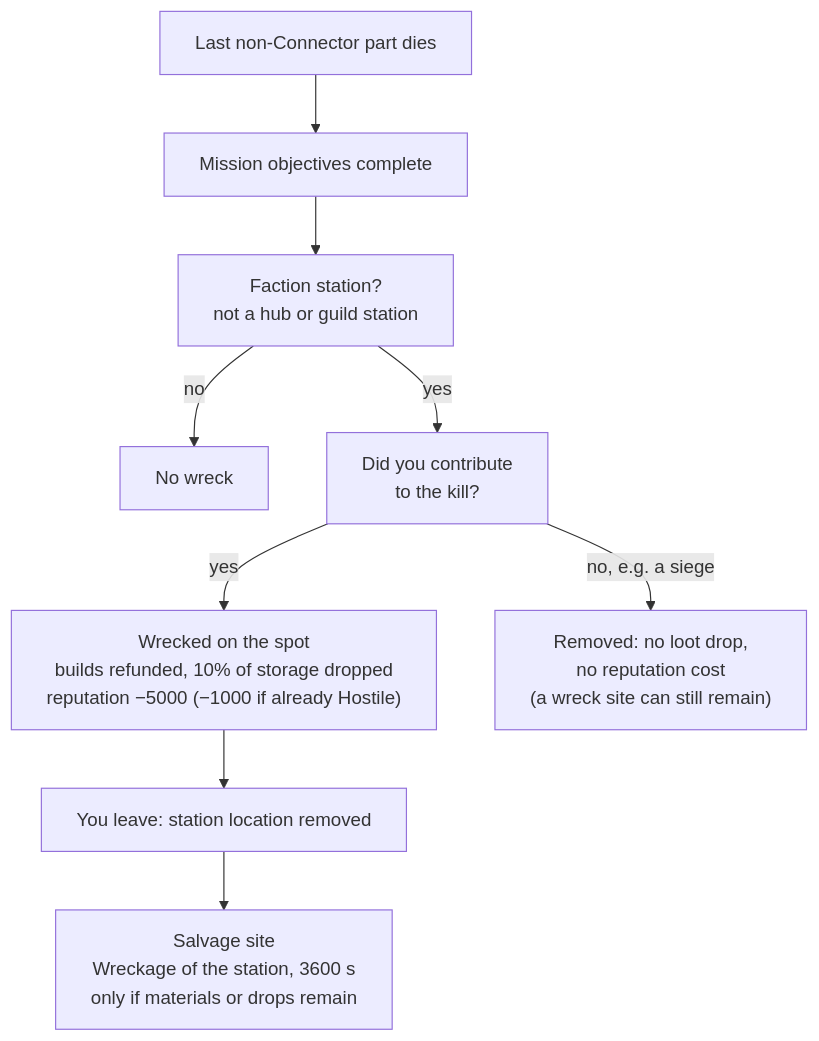
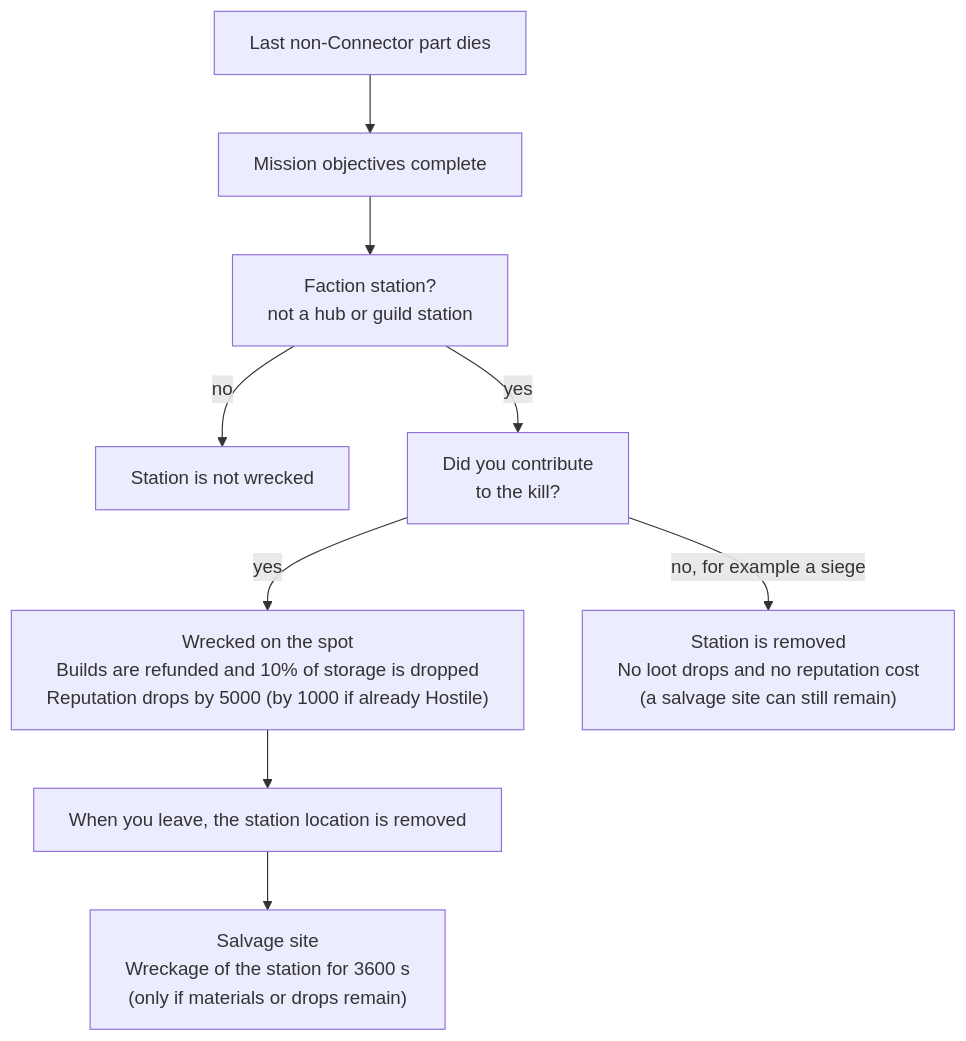
Before and after one commit to williammabernathy/Igi-s-QoL-Modpack: the first of 2 diagrams in docs/mechanics/basics/stations.md, drawn with Mermaid. The commit also changed other lines of this file and 194 other files, not shown here.

````diff
--- a/docs/mechanics/basics/stations.md
+++ b/docs/mechanics/basics/stations.md
@@ -203,22 +208,22 @@
 ```mermaid
 ---
 config:
   flowchart:
     wrappingWidth: 420
 ---
 flowchart TD
     A["Last non-Connector part dies"]
     B["Mission objectives complete"]
     C["Faction station?<br/>not a hub or guild station"]
-    D["No wreck"]
+    D["Station is not wrecked"]
     E["Did you contribute<br/>to the kill?"]
-    F["Wrecked on the spot<br/>builds refunded, 10% of storage dropped<br/>reputation −5000 (−1000 if already Hostile)"]
-    G["Removed: no loot drop,<br/>no reputation cost<br/>(a wreck site can still remain)"]
-    H["You leave: station location removed"]
-    I["Salvage site<br/>Wreckage of the station, 3600 s<br/>only if materials or drops remain"]
+    F["Wrecked on the spot<br/>Builds are refunded and 10% of storage is dropped<br/>Reputation drops by 5000 (by 1000 if already Hostile)"]
+    G["Station is removed<br/>No loot drops and no reputation cost<br/>(a salvage site can still remain)"]
+    H["When you leave, the station location is removed"]
+    I["Salvage site<br/>Wreckage of the station for 3600 s<br/>(only if materials or drops remain)"]
     A --> B --> C
     C -->|"no"| D
     C -->|"yes"| E
     E -->|"yes"| F --> H --> I
-    E -->|"no, e.g. a siege"| G
+    E -->|"no, for example a siege"| G
 ```
````
